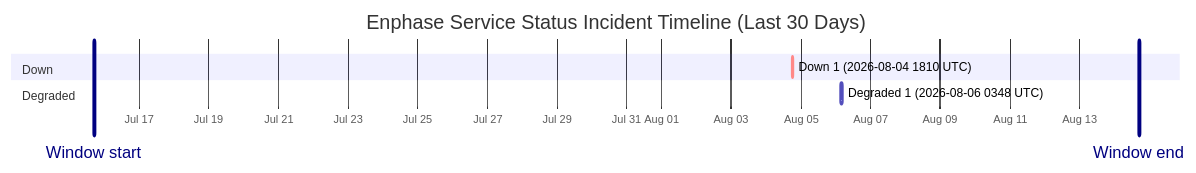
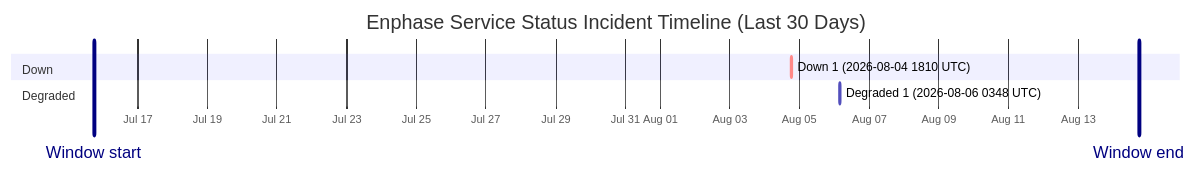
One commit to barneyonline/ha-enphase-energy changed the diagram in wiki/Service-Status-History.md. Above: the diagram before and after it, drawn with Mermaid. The commit also changed other lines of this file and 3 other files, not shown here.

````diff
--- a/wiki/Service-Status-History.md
+++ b/wiki/Service-Status-History.md
@@ -14,12 +14,12 @@
 ```mermaid
 gantt
     title Enphase Service Status Incident Timeline (Last 30 Days)
     dateFormat  YYYY-MM-DDTHH:mm:ss
     axisFormat  %b %d
-    Window start :vert, window-start, 2026-07-15T16:49:57, 0ms
-    Window end :vert, window-end, 2026-08-14T16:49:57, 0ms
+    Window start :vert, window-start, 2026-07-15T17:50:53, 0ms
+    Window end :vert, window-end, 2026-08-14T17:50:53, 0ms
     section Down
     Down 1 (2026-08-04 1810 UTC) :crit, down-1, 2026-08-04T18:10:46, 60m
     section Degraded
     Degraded 1 (2026-08-06 0348 UTC) :active, degraded-1, 2026-08-06T03:48:14, 60m
 ```
````
